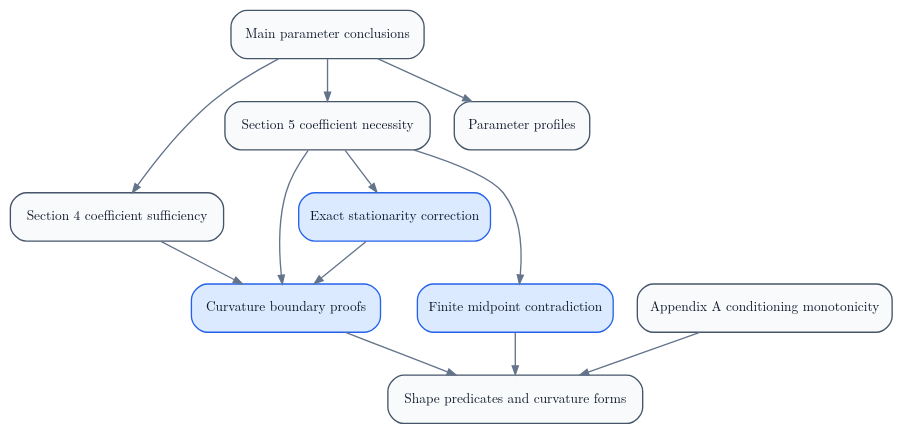
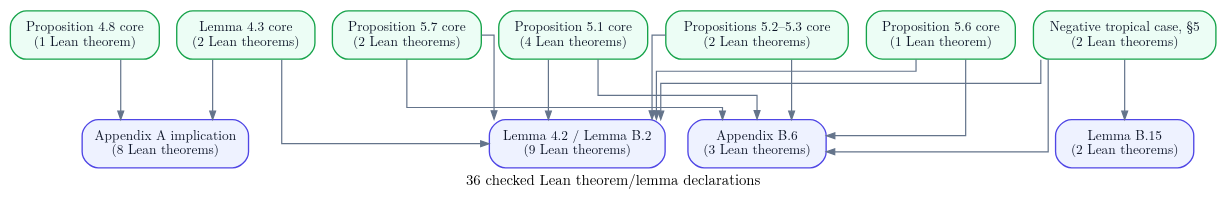
The diagram in paper/dependency-graph.dot (robertorubboli/A-complete-characterization-of-conditional-entropies), drawn with Graphviz before and after one commit. The commit also changed 4 other files, not shown here.

Commit message:
Add numbered theorem dependency graph

```diff
--- a/paper/dependency-graph.dot
+++ b/paper/dependency-graph.dot
@@ -1,28 +1,41 @@
 digraph ConditionalEntropy {
-  graph [rankdir=TB, bgcolor="transparent", margin=0.05, nodesep=0.25, ranksep=0.45];
+  graph [rankdir=TB, bgcolor="transparent", margin=0.08, nodesep=0.18,
+         ranksep=0.62, splines=ortho, label="36 checked Lean theorem/lemma declarations",
+         labelloc="b", fontname="Latin Modern Roman", fontsize=11];
   node [shape=box, style="rounded,filled", fontname="Latin Modern Roman", fontsize=10,
-        color="#475569", fillcolor="#f8fafc", fontcolor="#0f172a", margin="0.10,0.06"];
-  edge [color="#64748b", arrowsize=0.65, penwidth=1.0];
+        color="#64748b", fillcolor="#ffffff", fontcolor="#0f172a",
+        margin="0.12,0.07"];
+  edge [color="#64748b", arrowsize=0.62, penwidth=0.9];
 
-  main [label="Main parameter conclusions"];
-  sufficient [label="Section 4 coefficient sufficiency"];
-  necessary [label="Section 5 coefficient necessity"];
-  conditioning [label="Appendix A conditioning monotonicity"];
-  profiles [label="Parameter profiles"];
-  basic [label="Shape predicates and curvature forms"];
-  curvature [label="Curvature boundary proofs", fillcolor="#dbeafe", color="#2563eb"];
-  stationarity [label="Exact stationarity correction", fillcolor="#dbeafe", color="#2563eb"];
-  midpoint [label="Finite midpoint contradiction", fillcolor="#dbeafe", color="#2563eb"];
+  l43 [label="Lemma 4.3 core\n(2 Lean theorems)", fillcolor="#ecfdf5", color="#16a34a"];
+  p48 [label="Proposition 4.8 core\n(1 Lean theorem)", fillcolor="#ecfdf5", color="#16a34a"];
+  p51 [label="Proposition 5.1 core\n(4 Lean theorems)", fillcolor="#ecfdf5", color="#16a34a"];
+  p523 [label="Propositions 5.2–5.3 core\n(2 Lean theorems)", fillcolor="#ecfdf5", color="#16a34a"];
+  p56 [label="Proposition 5.6 core\n(1 Lean theorem)", fillcolor="#ecfdf5", color="#16a34a"];
+  nt [label="Negative tropical case, §5\n(2 Lean theorems)", fillcolor="#ecfdf5", color="#16a34a"];
+  p57 [label="Proposition 5.7 core\n(2 Lean theorems)", fillcolor="#ecfdf5", color="#16a34a"];
 
-  main -> sufficient;
-  main -> necessary;
-  main -> profiles;
-  sufficient -> curvature;
-  necessary -> curvature;
-  necessary -> stationarity;
-  necessary -> midpoint;
-  conditioning -> basic;
-  curvature -> basic;
-  stationarity -> curvature;
-  midpoint -> basic;
+  appA [label="Appendix A implication\n(8 Lean theorems)", fillcolor="#eef2ff", color="#4f46e5"];
+  b2 [label="Lemma 4.2 / Lemma B.2\n(9 Lean theorems)", fillcolor="#eef2ff", color="#4f46e5"];
+  b15 [label="Lemma B.15\n(2 Lean theorems)", fillcolor="#eef2ff", color="#4f46e5"];
+  b6 [label="Appendix B.6\n(3 Lean theorems)", fillcolor="#eef2ff", color="#4f46e5"];
+
+  { rank=same; l43; p48; p51; p523; }
+  { rank=same; p56; nt; p57; }
+  { rank=same; appA; b2; b15; b6; }
+
+  l43 -> appA;
+  l43 -> b2;
+  p48 -> appA;
+  p51 -> b2;
+  p51 -> b6;
+  p523 -> b2;
+  p523 -> b6;
+  p56 -> b2;
+  p56 -> b6;
+  nt -> b2;
+  nt -> b15;
+  nt -> b6;
+  p57 -> b2;
+  p57 -> b6;
 }
```
